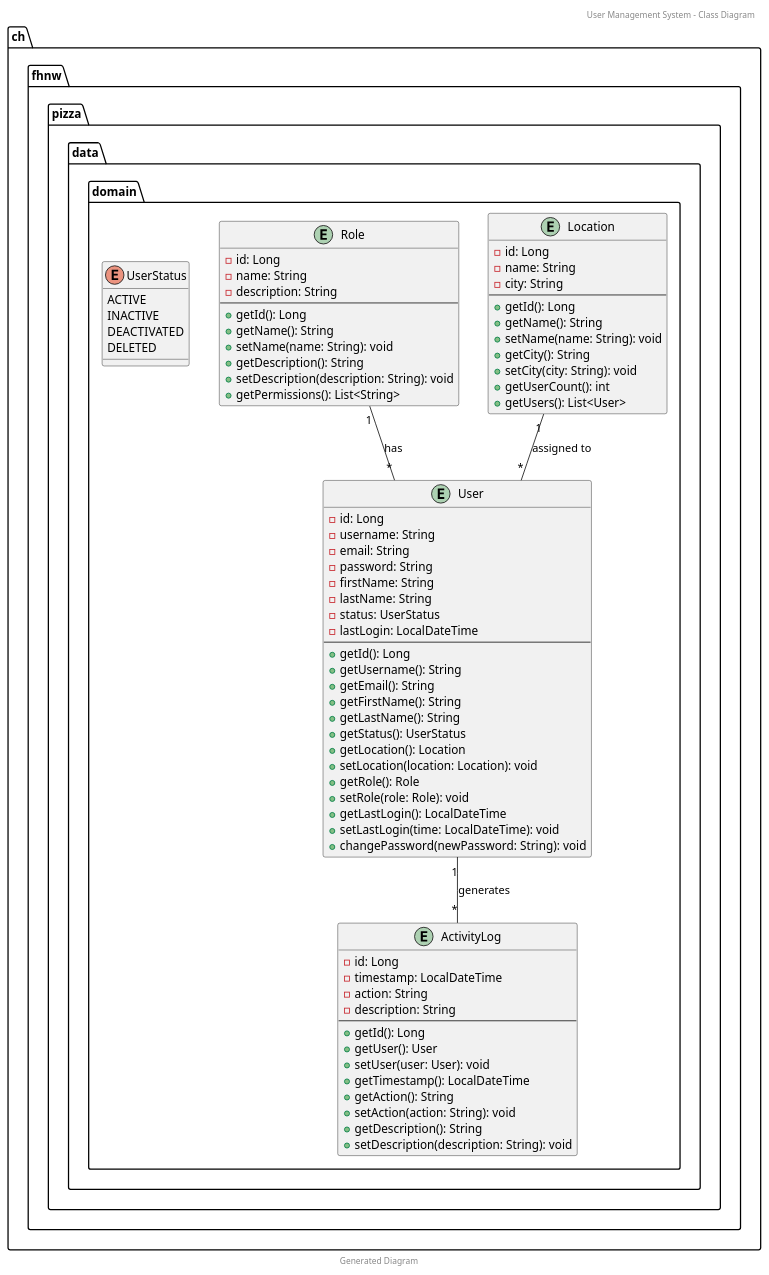
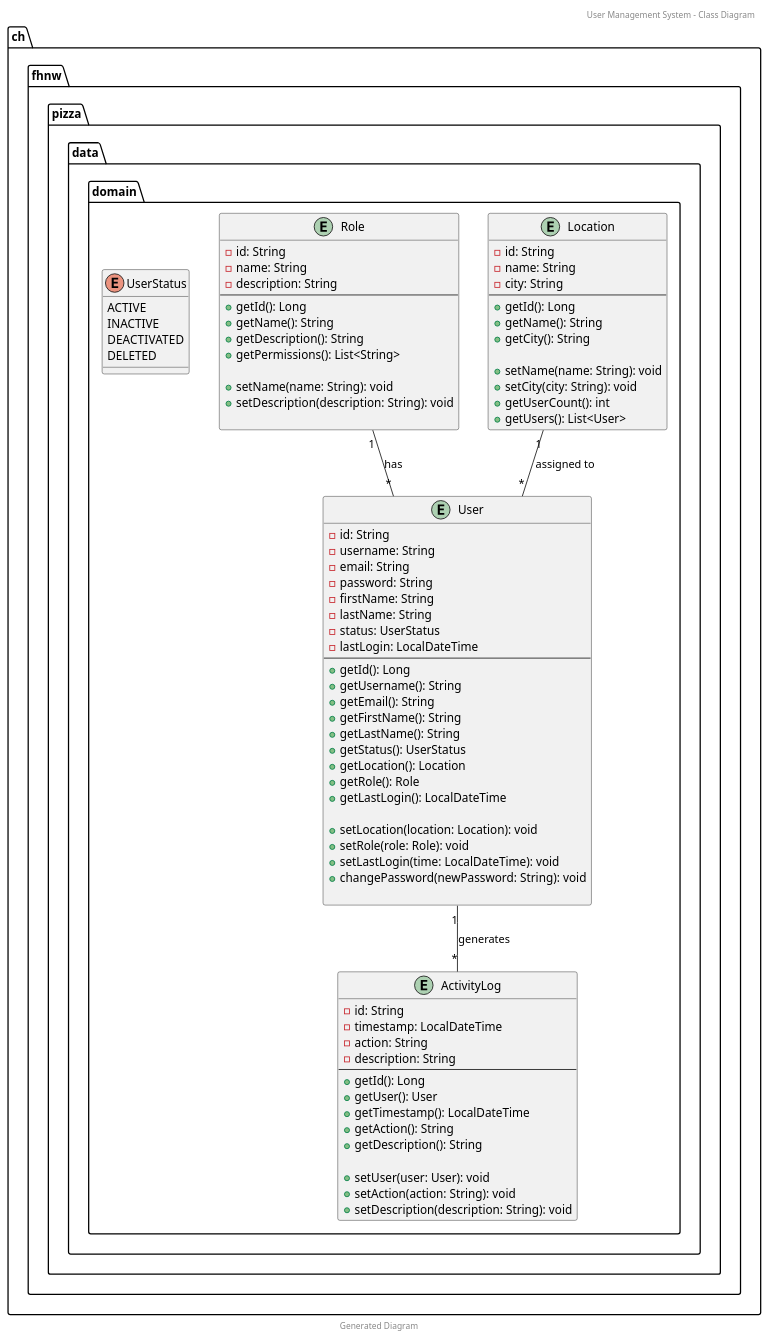
One commit to NikolaMatovic/DayDream changed the diagram in doc/class-diagram.plantuml. Above: the diagram before and after it, drawn with PlantUML. The commit also changed other lines of this file and 4 other files, not shown here.

Commit message:
diagramm edited

```diff
--- a/doc/class-diagram.plantuml
+++ b/doc/class-diagram.plantuml
@@ -118,90 +1,94 @@
-@startuml Class Diagram - User Management and Pizza Application
-
+@startuml
 header User Management System - Class Diagram
 footer Generated Diagram
 
 ' Domain Classes
 package "ch.fhnw.pizza.data.domain" {
 
     entity User {
-        - id: Long
+        - id: String
         - username: String
         - email: String
         - password: String
         - firstName: String
         - lastName: String
         - status: UserStatus
         - lastLogin: LocalDateTime
         --
         + getId(): Long
         + getUsername(): String
         + getEmail(): String
         + getFirstName(): String
         + getLastName(): String
         + getStatus(): UserStatus
         + getLocation(): Location
+        + getRole(): Role
+        + getLastLogin(): LocalDateTime
+
         + setLocation(location: Location): void
-        + getRole(): Role
         + setRole(role: Role): void
-        + getLastLogin(): LocalDateTime
         + setLastLogin(time: LocalDateTime): void
         + changePassword(newPassword: String): void
+
     }
 
     entity Location {
-        - id: Long
+        - id: String
         - name: String
         - city: String
         --
         + getId(): Long
         + getName(): String
+        + getCity(): String
+
         + setName(name: String): void
-        + getCity(): String
         + setCity(city: String): void
         + getUserCount(): int
         + getUsers(): List<User>
     }
 
     entity Role {
-        - id: Long
+        - id: String
         - name: String
         - description: String
         --
         + getId(): Long
         + getName(): String
+        + getDescription(): String
+        + getPermissions(): List<String>
+        
         + setName(name: String): void
-        + getDescription(): String
         + setDescription(description: String): void
-        + getPermissions(): List<String>
+      
     }
 
     entity ActivityLog {
-        - id: Long
+        - id: String
         - timestamp: LocalDateTime
         - action: String
         - description: String
         --
         + getId(): Long
         + getUser(): User
-        + setUser(user: User): void
         + getTimestamp(): LocalDateTime
         + getAction(): String
+        + getDescription(): String
+
+        + setUser(user: User): void
         + setAction(action: String): void
-        + getDescription(): String
         + setDescription(description: String): void
     }
 
     enum UserStatus {
         ACTIVE
         INACTIVE
         DEACTIVATED
         DELETED
     }
 }
 
 ' Relationships
 Location "1" -- "*" User : assigned to
 Role "1" -- "*" User : has
 User "1" -- "*" ActivityLog : generates
-
 @enduml
```
